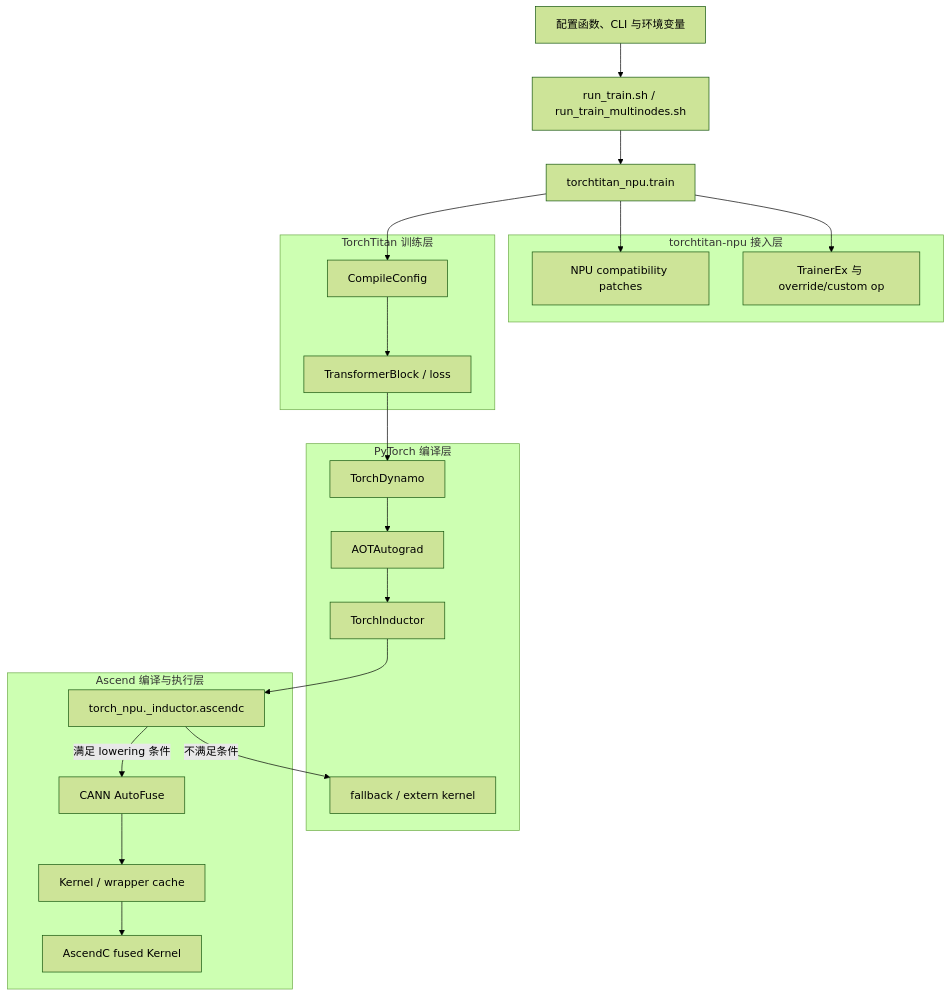
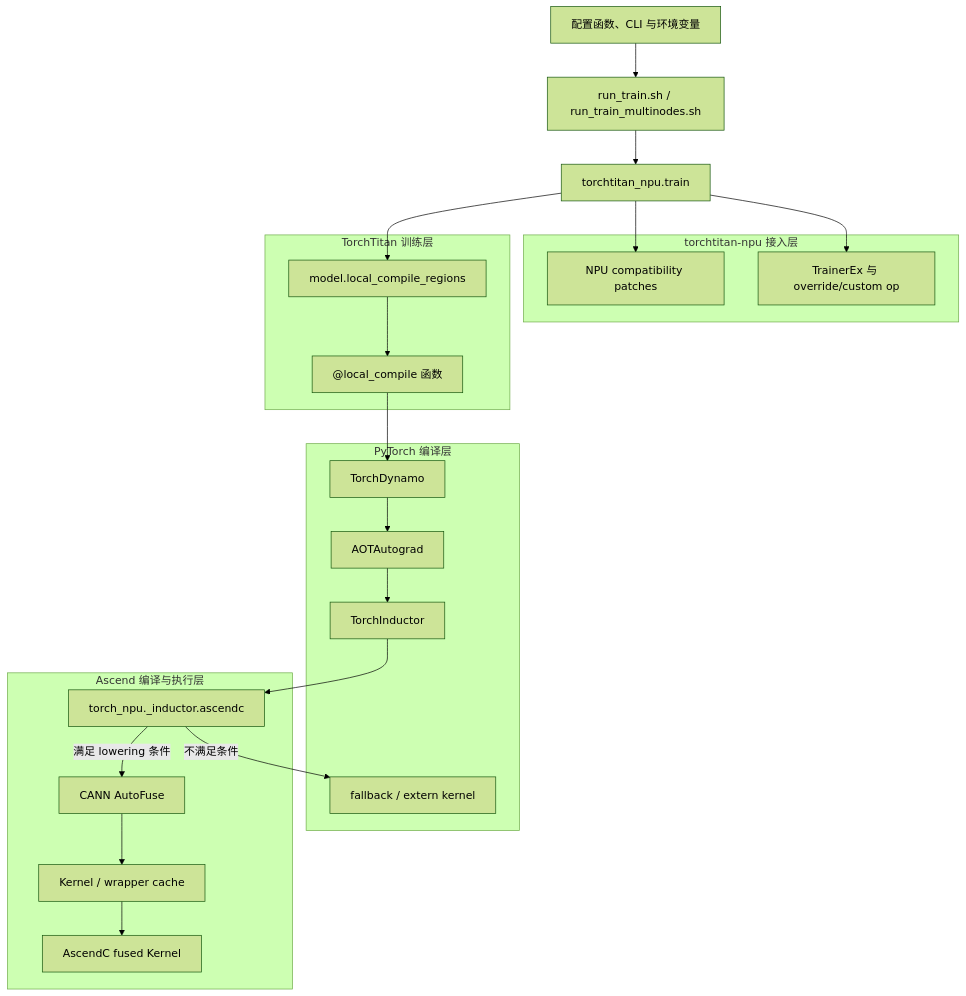
Before and after one commit to ZhanluModelSim/torchtitan-npu-simulator: the diagram in docs/feature_guides/torch_compile.md, drawn with Mermaid (forest theme). The commit also changed other lines of this file and 6 other files, not shown here.

First paragraph of the commit message:
feat: migrate DeepSeek compilation to native local regions

````diff
--- a/docs/feature_guides/torch_compile.md
+++ b/docs/feature_guides/torch_compile.md
@@ -182,38 +128,38 @@
 ```mermaid
 flowchart TB
     USER[配置函数、CLI 与环境变量]
     LAUNCH[run_train.sh / run_train_multinodes.sh]
     ENTRY[torchtitan_npu.train]
 
     subgraph PLUGIN[torchtitan-npu 接入层]
         PATCH[NPU compatibility patches]
         EXT[TrainerEx 与 override/custom op]
     end
 
     subgraph TORCHTITAN[TorchTitan 训练层]
-        CONFIG[CompileConfig]
-        MODEL[TransformerBlock / loss]
+        CONFIG[model.local_compile_regions]
+        REGION["@local_compile 函数"]
     end
 
     subgraph PYTORCH[PyTorch 编译层]
         DYNAMO[TorchDynamo]
         AOT[AOTAutograd]
         INDUCTOR[TorchInductor]
         FALLBACK[fallback / extern kernel]
     end
 
     subgraph ASCEND[Ascend 编译与执行层]
         BACKEND[torch_npu._inductor.ascendc]
         AUTOFUSE[CANN AutoFuse]
         CACHE[Kernel / wrapper cache]
         KERNEL[AscendC fused Kernel]
     end
 
     USER --> LAUNCH --> ENTRY
     ENTRY --> PATCH
     ENTRY --> EXT
-    ENTRY --> CONFIG --> MODEL --> DYNAMO
+    ENTRY --> CONFIG --> REGION --> DYNAMO
     DYNAMO --> AOT --> INDUCTOR --> BACKEND
     BACKEND -->|满足 lowering 条件| AUTOFUSE --> CACHE --> KERNEL
     BACKEND -->|不满足条件| FALLBACK
 ```
````
